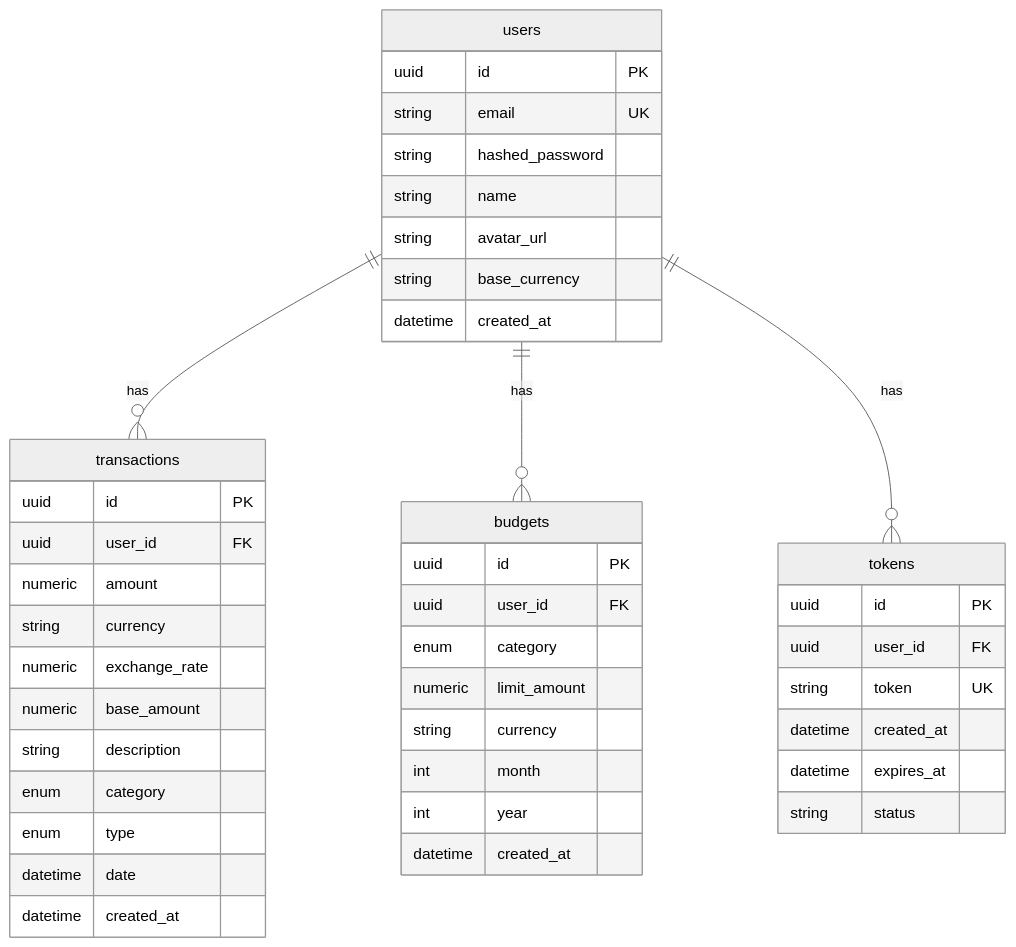
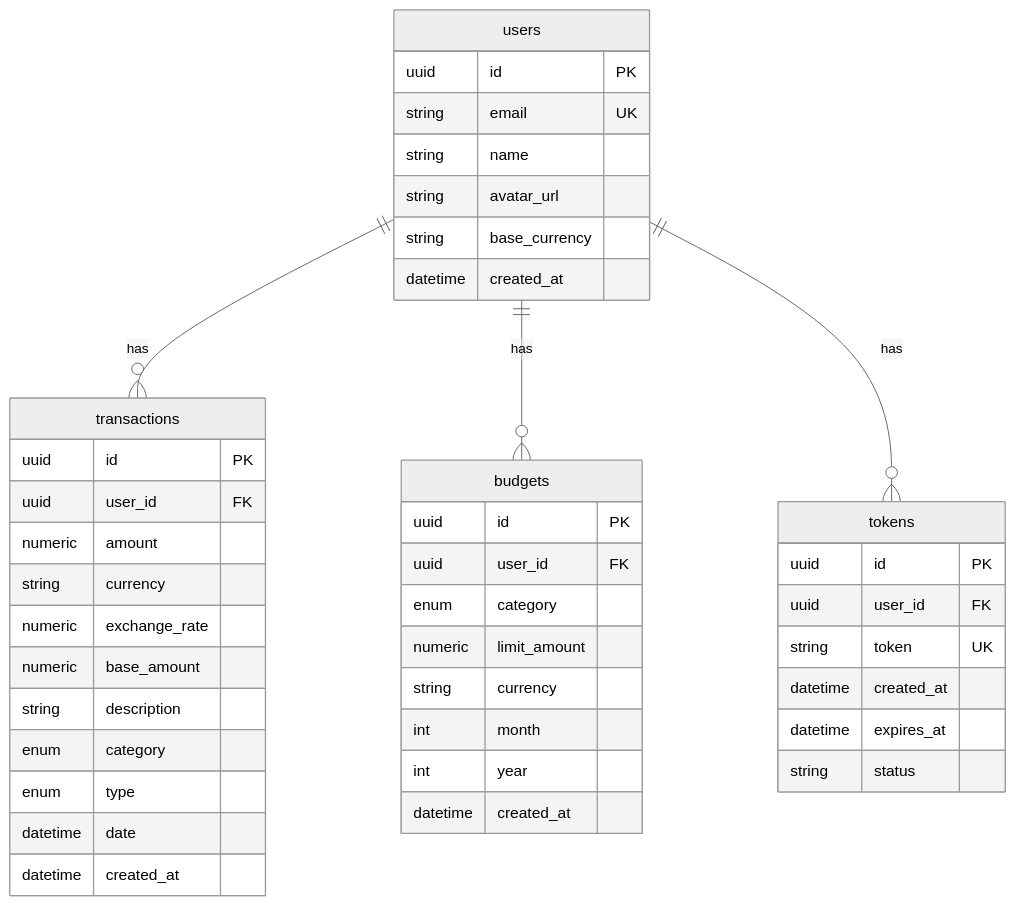
One commit to jbronxxx/getbalanceai_api changed the second of 2 diagrams in ARCHITECTURE.md. Above: the diagram before and after it, drawn with Mermaid (neutral theme). The commit also changed other lines of this file and 2 other files, not shown here.

Commit message:
dropped the legacy users.hashed_password column

````diff
--- a/ARCHITECTURE.md
+++ b/ARCHITECTURE.md
@@ -53,50 +53,49 @@
 ```mermaid
 erDiagram
     users ||--o{ transactions : "has"
     users ||--o{ budgets : "has"
     users ||--o{ tokens : "has"
 
     users {
         uuid id PK
         string email UK
-        string hashed_password
         string name
         string avatar_url
         string base_currency
         datetime created_at
     }
 
     tokens {
         uuid id PK
         uuid user_id FK
         string token UK
         datetime created_at
         datetime expires_at
         string status
     }
 
     transactions {
         uuid id PK
         uuid user_id FK
         numeric amount
         string currency
         numeric exchange_rate
         numeric base_amount
         string description
         enum category
         enum type
         datetime date
         datetime created_at
     }
 
     budgets {
         uuid id PK
         uuid user_id FK
         enum category
         numeric limit_amount
         string currency
         int month
         int year
         datetime created_at
     }
 ```
````
